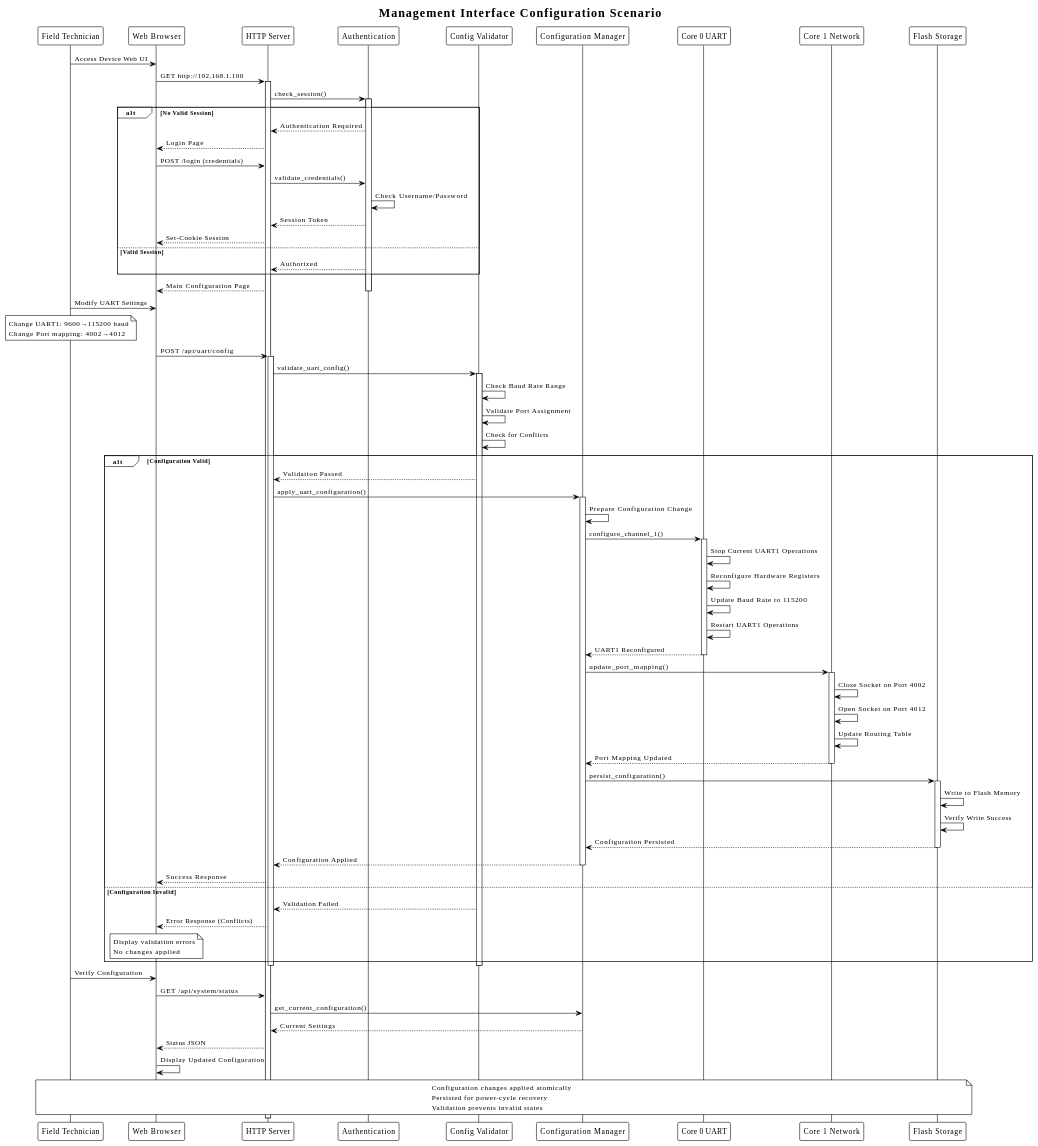
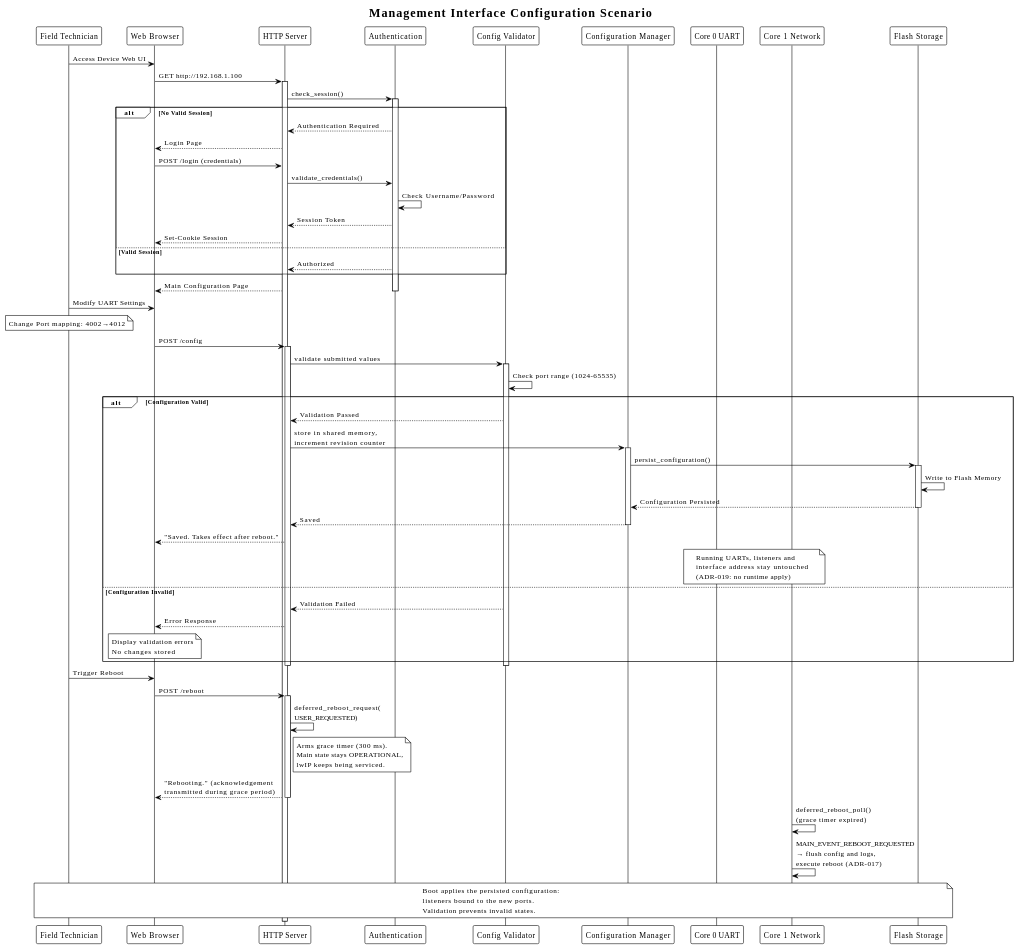
Diagram 11 of 11 in src/docs/arc42/chapters/06_runtime_view.adoc (haxorsebb/UART2ETH), drawn with PlantUML before and after one commit. The commit also changed other lines of this file and 2 other files, not shown here.

Commit message:
docs: ADR-019 network configuration changes take effect at boot
Records the decision to remove the runtime configuration apply after it
left the device without TCP listeners when a port was changed. All
network settings (ports, addresses, DHCP mode) are now persisted on
change and applied only by the boot sequence. Reboots requested over
HTTP go through a new deferred_reboot mechanism with a 300 ms grace
period so the acknowledgement is transmitted before the reset (reuses
the ADR-017 reboot path).

- New ADR-019 with decision, rejected alternatives and sequence diagram
- Chapter 6: Management Interface Configuration Scenario rewritten from
  live apply to persist-and-reboot
- Chapter 11: TD-010 records the deprecated config_change_pending field
  kept for flash layout compatibility

```diff
--- a/src/docs/arc42/chapters/06_runtime_view.adoc
+++ b/src/docs/arc42/chapters/06_runtime_view.adoc
@@ -1158,64 +1163,47 @@
 deactivate AUTH
 
 TECH -> BROWSER: Modify UART Settings
-note over TECH: Change UART1: 9600→115200 baud\nChange Port mapping: 4002→4012
+note over TECH: Change Port mapping: 4002→4012
 
-BROWSER -> HTTP: POST /api/uart/config
+BROWSER -> HTTP: POST /config
 activate HTTP
-HTTP -> VALIDATOR: validate_uart_config()
+HTTP -> VALIDATOR: validate submitted values
 activate VALIDATOR
-VALIDATOR -> VALIDATOR: Check Baud Rate Range
-VALIDATOR -> VALIDATOR: Validate Port Assignment
-VALIDATOR -> VALIDATOR: Check for Conflicts
+VALIDATOR -> VALIDATOR: Check port range (1024-65535)
 
 alt Configuration Valid
     VALIDATOR --> HTTP: Validation Passed
-    HTTP -> CFG: apply_uart_configuration()
+    HTTP -> CFG: store in shared memory,\nincrement revision counter
     activate CFG
-    CFG -> CFG: Prepare Configuration Change
-    CFG -> C0: configure_channel_1()
-    activate C0
-    C0 -> C0: Stop Current UART1 Operations
-    C0 -> C0: Reconfigure Hardware Registers
-    C0 -> C0: Update Baud Rate to 115200
-    C0 -> C0: Restart UART1 Operations
-    C0 --> CFG: UART1 Reconfigured
-    deactivate C0
-    
-    CFG -> C1: update_port_mapping()
-    activate C1
-    C1 -> C1: Close Socket on Port 4002
-    C1 -> C1: Open Socket on Port 4012
-    C1 -> C1: Update Routing Table
-    C1 --> CFG: Port Mapping Updated
-    deactivate C1
-    
     CFG -> FLASH: persist_configuration()
     activate FLASH
     FLASH -> FLASH: Write to Flash Memory
-    FLASH -> FLASH: Verify Write Success
     FLASH --> CFG: Configuration Persisted
     deactivate FLASH
-    
-    CFG --> HTTP: Configuration Applied
+    CFG --> HTTP: Saved
     deactivate CFG
-    HTTP --> BROWSER: Success Response
+    HTTP --> BROWSER: "Saved. Takes effect after reboot."
+    note over C0, C1: Running UARTs, listeners and\ninterface address stay untouched\n(ADR-019: no runtime apply)
 else Configuration Invalid
     VALIDATOR --> HTTP: Validation Failed
-    HTTP --> BROWSER: Error Response (Conflicts)
-    note over BROWSER: Display validation errors\nNo changes applied
+    HTTP --> BROWSER: Error Response
+    note over BROWSER: Display validation errors\nNo changes stored
 end
 
 deactivate VALIDATOR
 deactivate HTTP
 
-TECH -> BROWSER: Verify Configuration
-BROWSER -> HTTP: GET /api/system/status
-HTTP -> CFG: get_current_configuration()
-CFG --> HTTP: Current Settings
-HTTP --> BROWSER: Status JSON
-BROWSER -> BROWSER: Display Updated Configuration
+TECH -> BROWSER: Trigger Reboot
+BROWSER -> HTTP: POST /reboot
+activate HTTP
+HTTP -> HTTP: deferred_reboot_request(\nUSER_REQUESTED)
+note right of HTTP: Arms grace timer (300 ms).\nMain state stays OPERATIONAL,\nlwIP keeps being serviced.
+HTTP --> BROWSER: "Rebooting." (acknowledgement\ntransmitted during grace period)
+deactivate HTTP
 
-note over TECH, FLASH: Configuration changes applied atomically\nPersisted for power-cycle recovery\nValidation prevents invalid states
+C1 -> C1: deferred_reboot_poll()\n(grace timer expired)
+C1 -> C1: MAIN_EVENT_REBOOT_REQUESTED\n→ flush config and logs,\nexecute reboot (ADR-017)
+
+note over TECH, FLASH: Boot applies the persisted configuration:\nlisteners bound to the new ports.\nValidation prevents invalid states.
 @enduml
 ----
```
